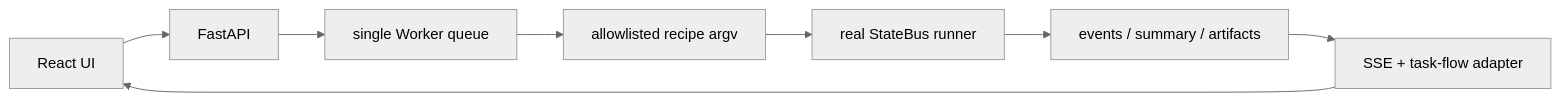
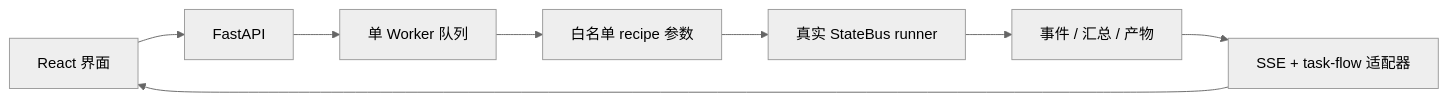
The diagram in docs/implementation/06-statebus-studio.md (qcrs/os), drawn with Mermaid (neutral theme) before and after one commit. The commit also changed other lines of this file and 77 other files, not shown here.

````diff
--- a/docs/implementation/06-statebus-studio.md
+++ b/docs/implementation/06-statebus-studio.md
@@ -11,10 +13,10 @@
 ```mermaid
 flowchart LR
-    FE[React UI] --> API[FastAPI]
-    API --> Q[single Worker queue]
-    Q --> RECIPE[allowlisted recipe argv]
-    RECIPE --> RUN[real StateBus runner]
-    RUN --> FACTS[events / summary / artifacts]
-    FACTS --> SSE[SSE + task-flow adapter]
+    FE[React 界面] --> API[FastAPI]
+    API --> Q[单 Worker 队列]
+    Q --> RECIPE[白名单 recipe 参数]
+    RECIPE --> RUN[真实 StateBus runner]
+    RUN --> FACTS[事件 / 汇总 / 产物]
+    FACTS --> SSE[SSE + task-flow 适配器]
     SSE --> FE
 ```
````
